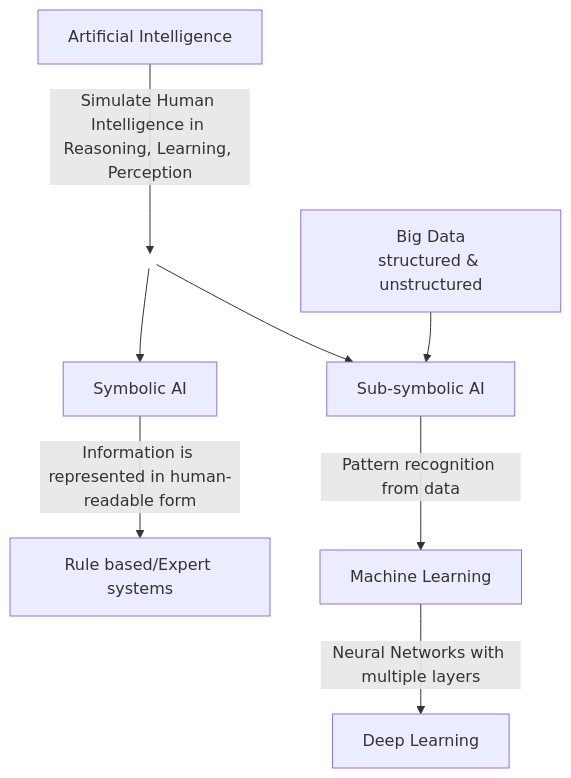
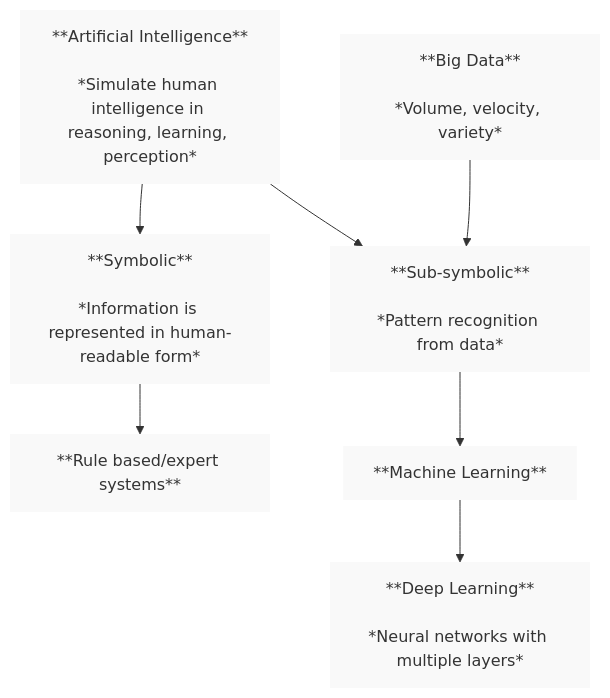
One commit to phonosync/ml-pres changed the diagram in introml/introml.qmd. Above: the diagram before and after it, drawn with Mermaid. The commit also changed other lines of this file and 4 other files, not shown here.

````diff
--- a/introml/introml.qmd
+++ b/introml/introml.qmd
@@ -20,18 +20,32 @@
 ```{mermaid}
+%%| fig-align: center
 %%| fig-height: 6
-%%| fig-align: center
-flowchart TD
-    A["Artificial Intelligence"] --> |"Simulate Human Intelligence in Reasoning, Learning, Perception"| H1((" "))
-    H1 --> B["Symbolic AI"]
-    H1 --> C["Sub-symbolic AI"]
-
-    B --> |"Information is represented in human-readable form"| D["Rule based/Expert systems"]
-
-    C --> |"Pattern recognition from data"| E["Machine Learning"]
-
-    E --> |"Neural Networks with multiple layers"| F["Deep Learning"]
-
-    G["Big Data<br>structured & unstructured"]  --> C
-
-    style H1 fill:transparent,stroke:transparent,color:transparent
+graph TD
+    AI["**Artificial Intelligence**<br><br>*Simulate human intelligence in reasoning, learning, perception*"]
+    
+    Symbolic["**Symbolic**<br><br>*Information is represented in human-readable form*"]
+    SubSymbolic["**Sub-symbolic**<br><br>*Pattern recognition from data*"]
+    
+    BigData["**Big Data**<br><br>*Volume, velocity, variety*"]
+    
+    RuleBase["**Rule based/expert systems**"]
+    
+    ML["**Machine Learning**"]
+    
+    DL["**Deep Learning**<br><br>*Neural networks with multiple layers*"]
+    
+    %% Main tree connections
+    AI --> Symbolic
+    AI --> SubSymbolic
+    Symbolic --> RuleBase
+    SubSymbolic --> ML
+    ML --> DL
+    BigData --> SubSymbolic
+    
+    %% Styling
+    classDef default fill:#f9f9f9,stroke:#333,stroke-width:0px,font-size:16px
+    classDef highlight fill:#e1f5fe,stroke:#0277bd,stroke-width:2px,font-weight:bold
+    classDef description fill:#f9f9f9,stroke:#333,stroke-width:2px,font-size:10px,font-style:italic
+    
+    %% class AI,ML,DL highlight
 ```
````
